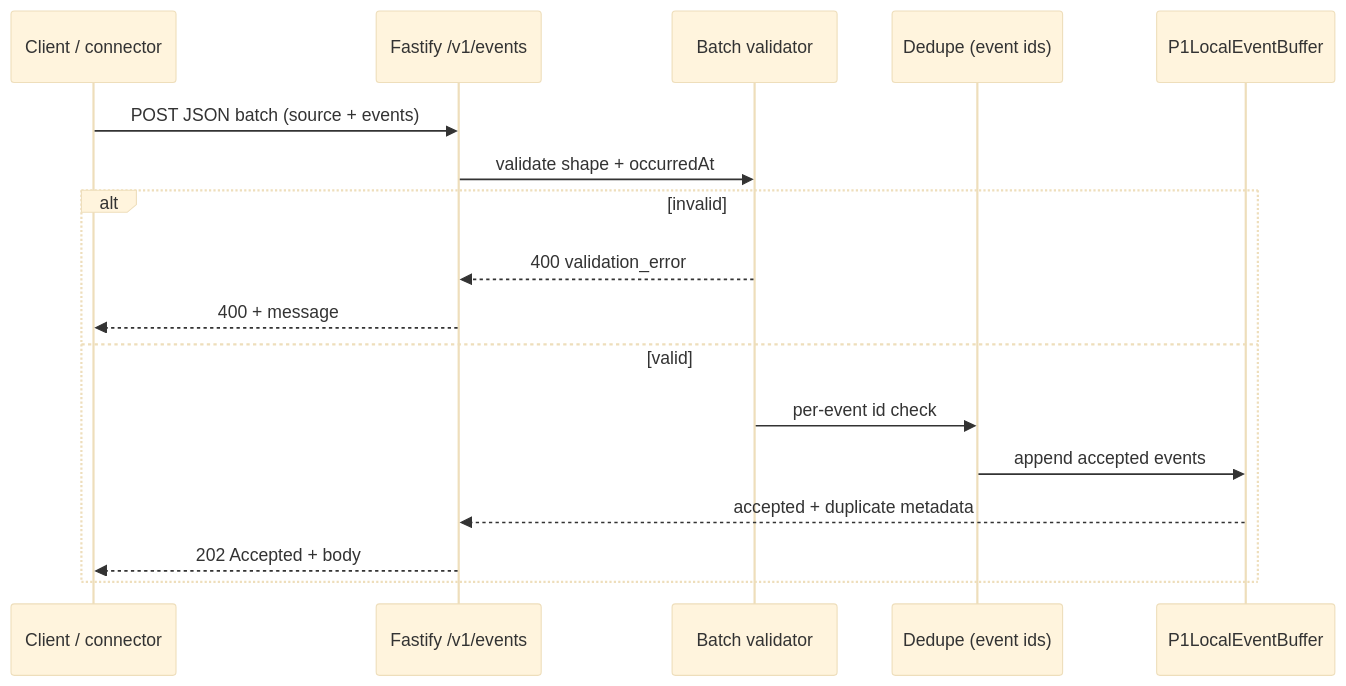
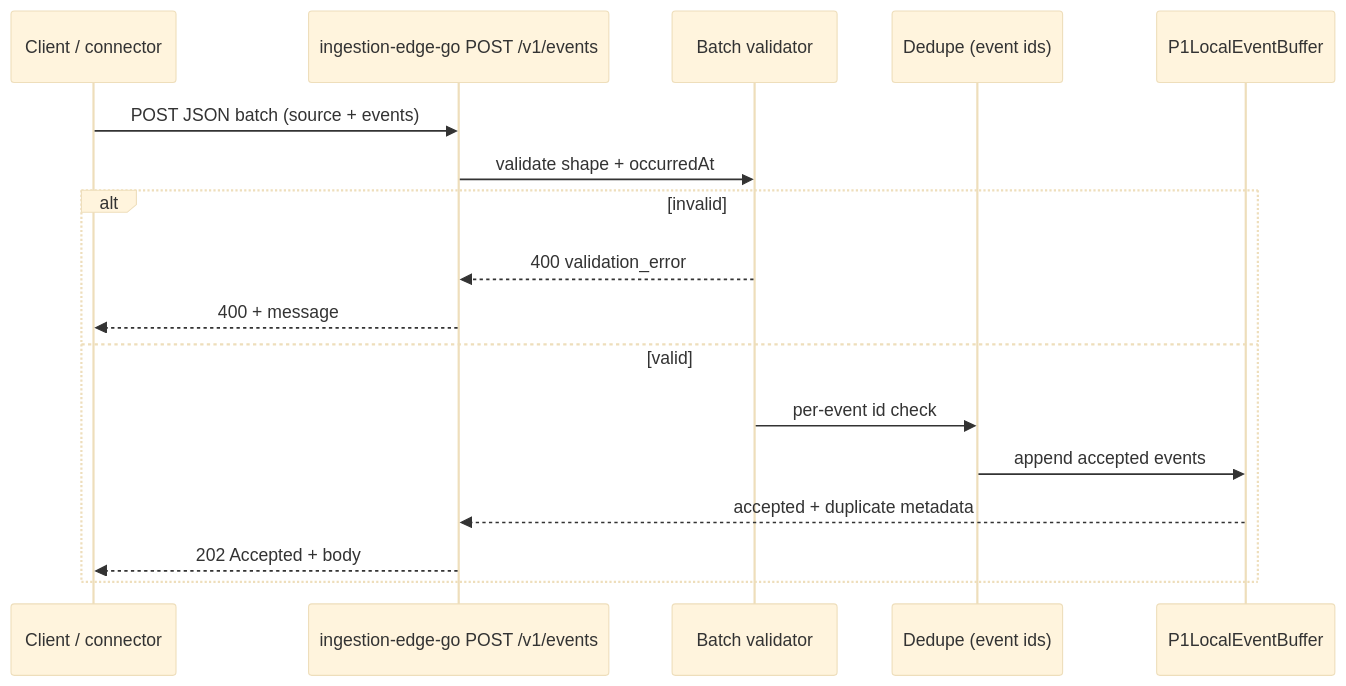
Before and after one commit to BernardoCSACarreira/canal: the third of 6 diagrams in docs/architecture/diagrams.md, drawn with Mermaid (base theme). The commit also changed other lines of this file and 42 other files, not shown here.

````diff
--- a/docs/architecture/diagrams.md
+++ b/docs/architecture/diagrams.md
@@ -85,20 +77,20 @@
 ```mermaid
 sequenceDiagram
   participant C as Client / connector
-  participant R as Fastify /v1/events
+  participant R as ingestion-edge-go POST /v1/events
   participant V as Batch validator
   participant D as Dedupe (event ids)
   participant B as P1LocalEventBuffer
 
   C->>R: POST JSON batch (source + events)
   R->>V: validate shape + occurredAt
   alt invalid
     V-->>R: 400 validation_error
     R-->>C: 400 + message
   else valid
     V->>D: per-event id check
     D->>B: append accepted events
     B-->>R: accepted + duplicate metadata
     R-->>C: 202 Accepted + body
   end
 ```
````
